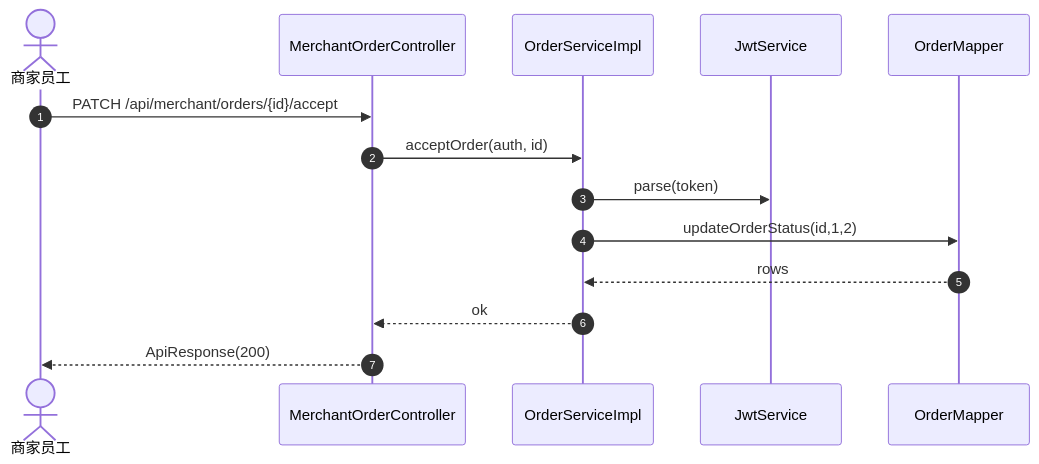
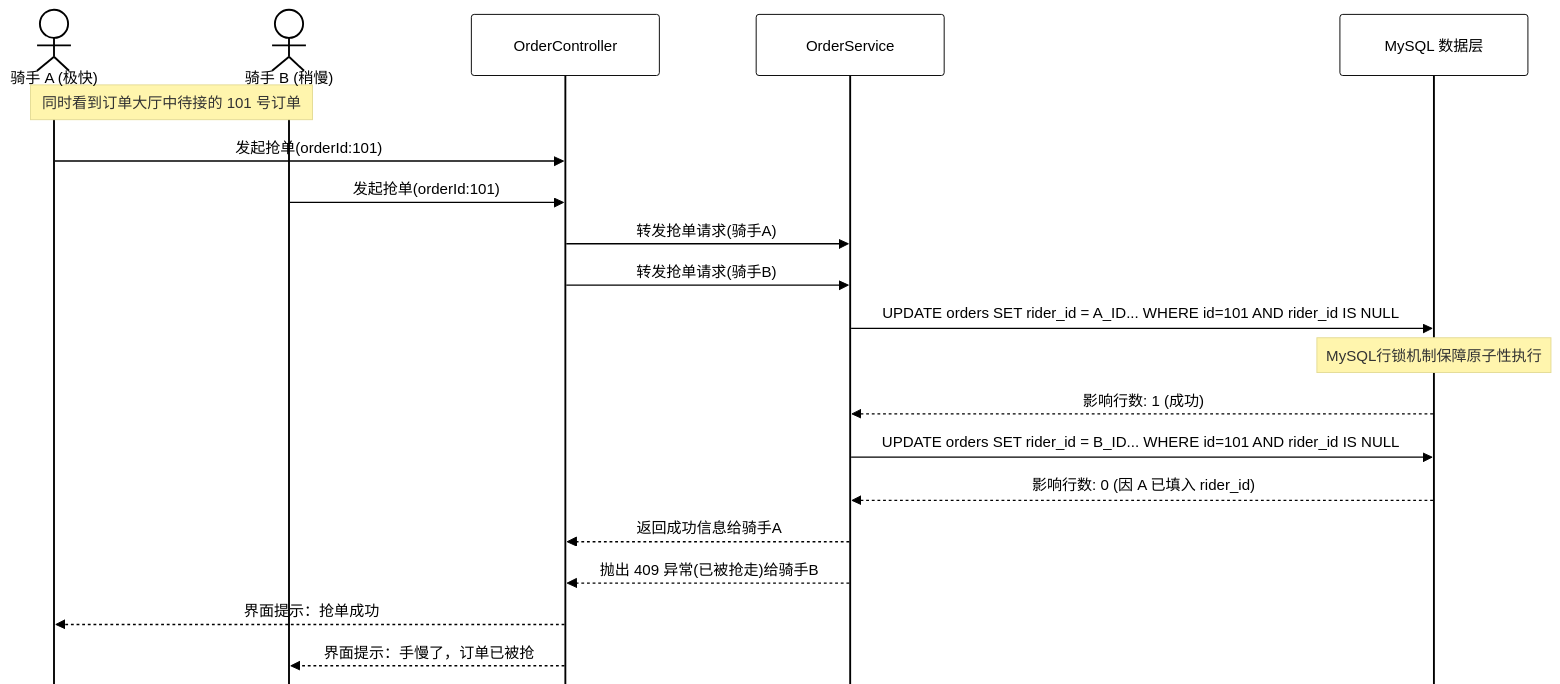
The fourth of 6 diagrams in thesis/first draft.md (yuluo-eng/FoodieCloud), drawn with Mermaid before and after one commit. The commit also changed other lines of this file and 26 other files, not shown here.

````diff
--- a/thesis/first draft.md
+++ b/thesis/first draft.md
@@ -403,17 +453,30 @@
 ```mermaid
+%%{init: {"theme":"base","themeVariables":{"primaryColor":"#ffffff","primaryTextColor":"#000000","primaryBorderColor":"#000000","lineColor":"#000000","secondaryColor":"#f5f5f5","tertiaryColor":"#e8e8e8","background":"#ffffff","fontFamily":"SimSun, STSong, Times New Roman, serif","fontSize":"13px"},"sequence":{"mirrorActors":false,"wrap":false,"width":200}}}%%
 sequenceDiagram
-  autonumber
-  actor E as 商家员工
-  participant C as MerchantOrderController
-  participant S as OrderServiceImpl
-  participant J as JwtService
-  participant O as OrderMapper
+    actor R1 as 骑手 A (极快)
+    actor R2 as 骑手 B (稍慢)
+    participant C as OrderController
+    participant S as OrderService
+    participant DB as MySQL 数据层
 
-  E->>C: PATCH /api/merchant/orders/{id}/accept
-  C->>S: acceptOrder(auth, id)
-  S->>J: parse(token)
-  S->>O: updateOrderStatus(id,1,2)
-  O-->>S: rows
-  S-->>C: ok
-  C-->>E: ApiResponse(200)
+    note over R1,R2: 同时看到订单大厅中待接的 101 号订单
+    
+    R1->>C: 发起抢单(orderId:101)
+    R2->>C: 发起抢单(orderId:101)
+    
+    C->>S: 转发抢单请求(骑手A)
+    C->>S: 转发抢单请求(骑手B)
+    
+    S->>DB: UPDATE orders SET rider_id = A_ID... WHERE id=101 AND rider_id IS NULL
+    note over DB: MySQL行锁机制保障原子性执行
+    DB-->>S: 影响行数: 1 (成功)
+    
+    S->>DB: UPDATE orders SET rider_id = B_ID... WHERE id=101 AND rider_id IS NULL
+    DB-->>S: 影响行数: 0 (因 A 已填入 rider_id)
+    
+    S-->>C: 返回成功信息给骑手A
+    S-->>C: 抛出 409 异常(已被抢走)给骑手B
+    
+    C-->>R1: 界面提示：抢单成功
+    C-->>R2: 界面提示：手慢了，订单已被抢
 ```
````
